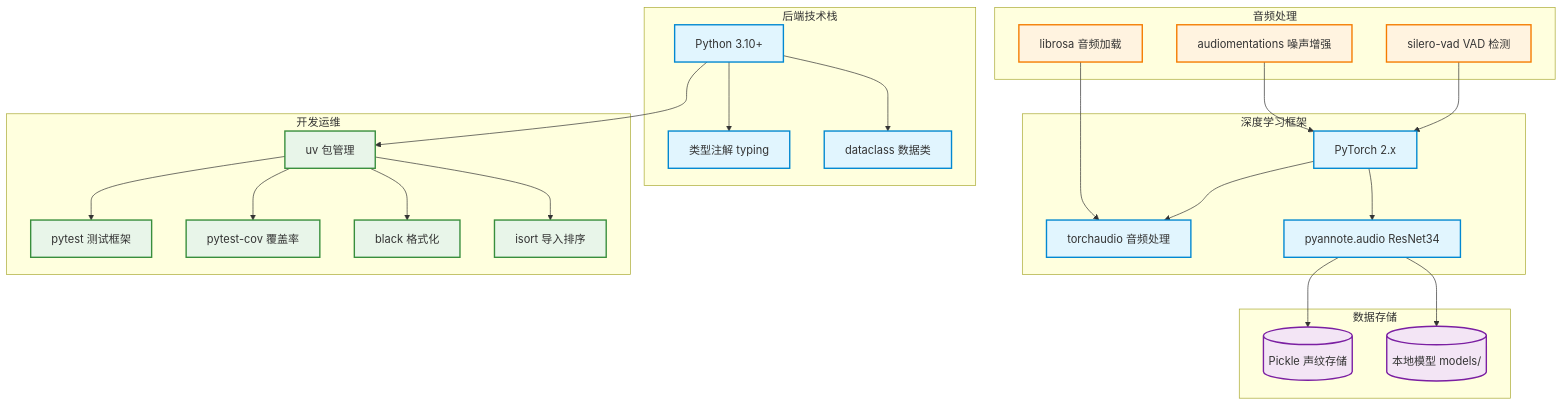
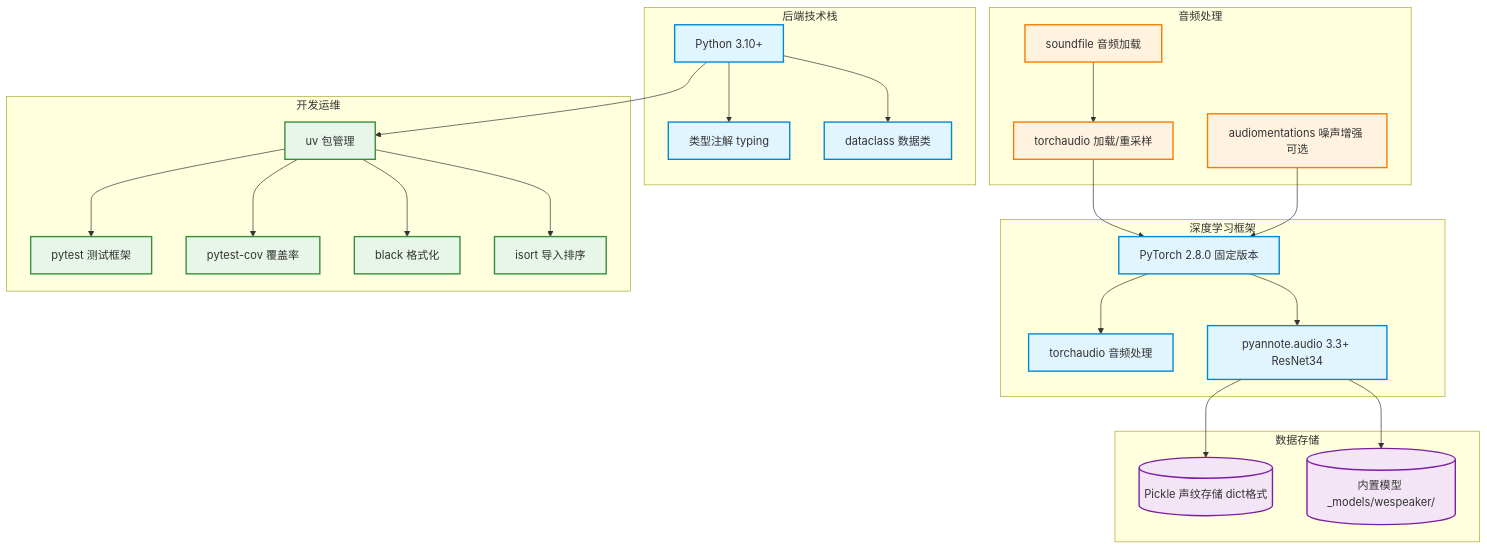
Before and after one commit to deepedge-ai-tech/voice-id: the diagram in docs/diagrams/tech-stack.md, drawn with Mermaid. The commit also changed 16 other files, not shown here.

First line of the commit message:
refactor: enhance architecture and data flow diagrams for WespeakerDeep

````diff
--- a/docs/diagrams/tech-stack.md
+++ b/docs/diagrams/tech-stack.md
@@ -3,53 +3,53 @@
 ```mermaid
 graph TB
     classDef backend fill:#e1f5fe,stroke:#0288d1,stroke-width:2px;
     classDef infra fill:#f3e5f5,stroke:#7b1fa2,stroke-width:2px;
     classDef devops fill:#e8f5e9,stroke:#388e3c,stroke-width:2px;
     classDef audio fill:#fff3e0,stroke:#f57c00,stroke-width:2px;
 
     subgraph 后端技术栈
         Python[Python 3.10+]:::backend
         Type[类型注解 typing]:::backend
         Data[dataclass 数据类]:::backend
     end
 
     subgraph 深度学习框架
-        Torch[PyTorch 2.x]:::backend
+        Torch[PyTorch 2.8.0 固定版本]:::backend
         TorchAudio[torchaudio 音频处理]:::backend
-        Pyannote[pyannote.audio ResNet34]:::backend
+        Pyannote[pyannote.audio 3.3+ ResNet34]:::backend
     end
 
     subgraph 音频处理
-        Librosa[librosa 音频加载]:::audio
-        Silero[silero-vad VAD 检测]:::audio
-        Augment[audiomentations 噪声增强]:::audio
+        SoundFile[soundfile 音频加载]:::audio
+        TorchAudioDep[torchaudio 加载/重采样]:::audio
+        Augment[audiomentations 噪声增强 可选]:::audio
     end
 
     subgraph 数据存储
-        Pkl[(Pickle 声纹存储)]:::infra
-        Model[(本地模型 models/)]:::infra
+        Pkl[(Pickle 声纹存储 dict格式)]:::infra
+        Model[(内置模型 _models/wespeaker/)]:::infra
     end
 
     subgraph 开发运维
         UV[uv 包管理]:::devops
         Pytest[pytest 测试框架]:::devops
         Cov[pytest-cov 覆盖率]:::devops
         Black[black 格式化]:::devops
         Isort[isort 导入排序]:::devops
     end
 
     Python --> Type
     Python --> Data
     Torch --> TorchAudio
     Torch --> Pyannote
-    Librosa --> TorchAudio
-    Silero --> Torch
+    SoundFile --> TorchAudioDep
+    TorchAudioDep --> Torch
     Augment --> Torch
     Pyannote --> Pkl
     Pyannote --> Model
     Python --> UV
     UV --> Pytest
     UV --> Cov
     UV --> Black
     UV --> Isort
 ```
````
